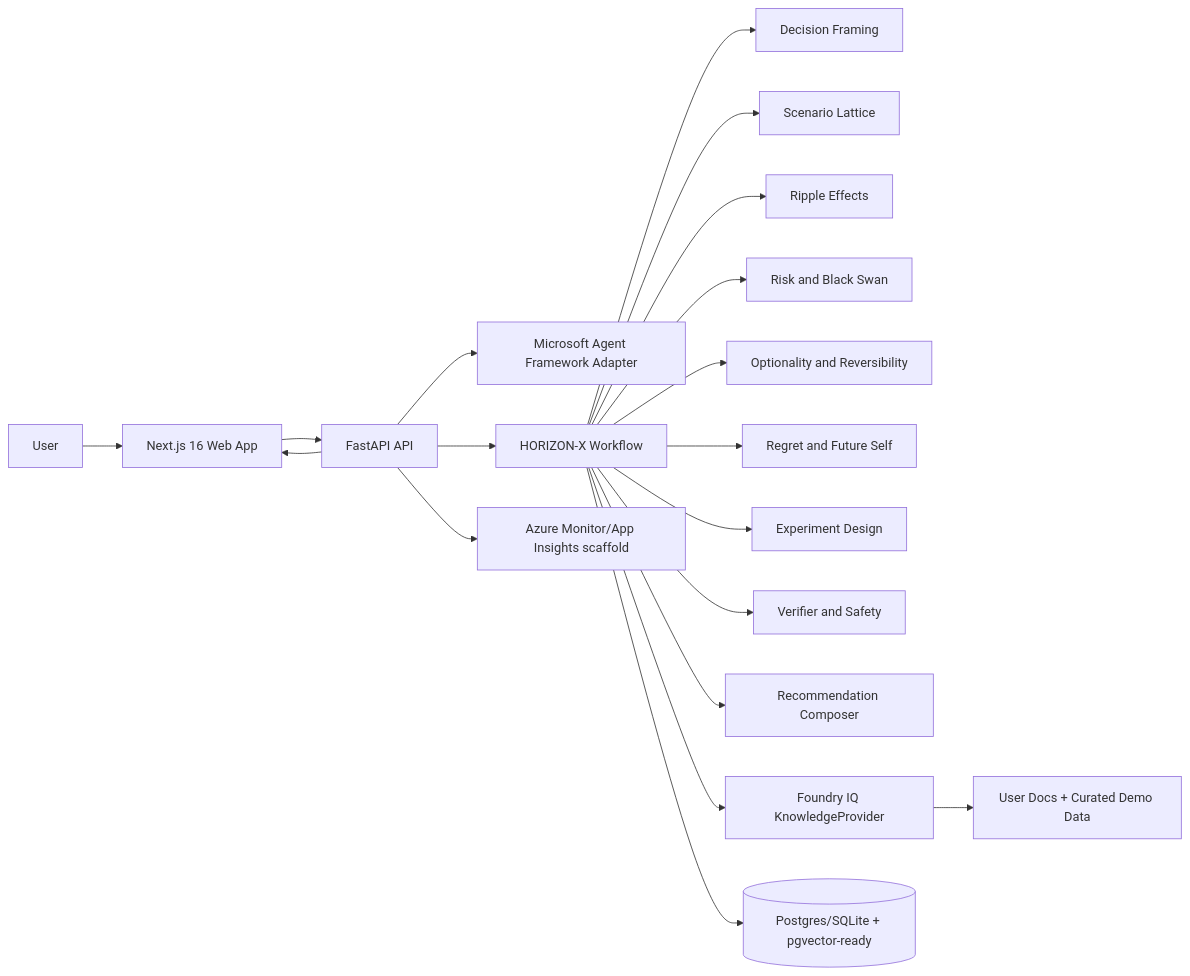
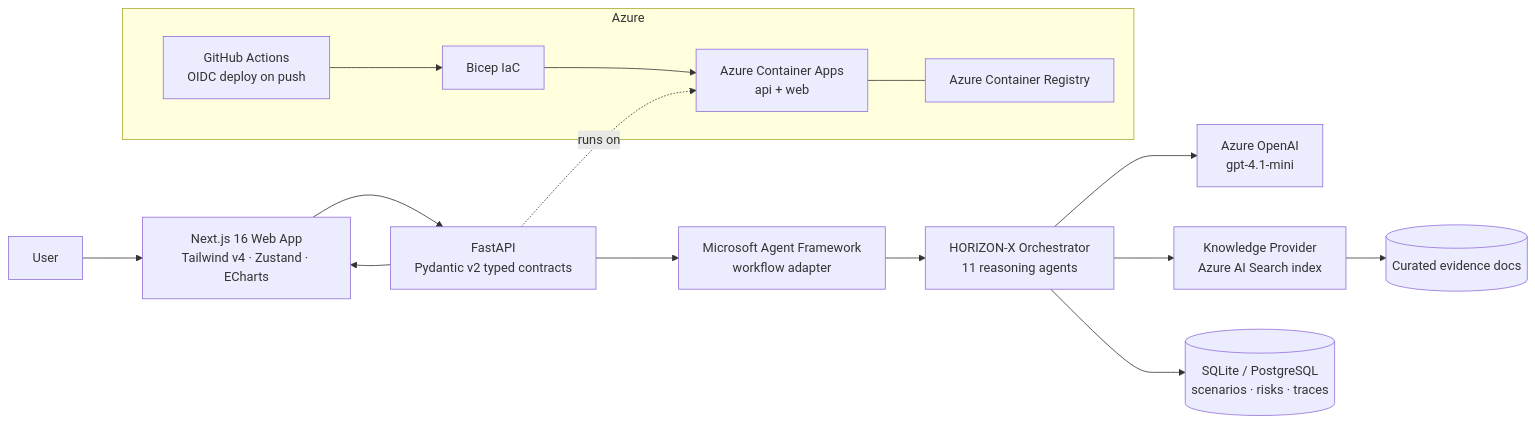
The first of 2 diagrams in README.md (mehulnikumbh19/hxrizxn-ai), drawn with Mermaid before and after one commit. The commit also changed other lines of this file, not shown here.

Commit message:
Rewrite README: interactive simulation intro, 11-agent war room, architecture diagrams, rubric alignment

````diff
--- a/README.md
+++ b/README.md
@@ -42,21 +166,18 @@
 ```mermaid
 flowchart LR
-  U[User] --> W[Next.js 16 Web App]
-  W --> API[FastAPI API]
-  API --> MAF[Microsoft Agent Framework Adapter]
-  API --> WF[HORIZON-X Workflow]
-  WF --> A1[Decision Framing]
-  WF --> A2[Scenario Lattice]
-  WF --> A3[Ripple Effects]
-  WF --> A4[Risk and Black Swan]
-  WF --> A5[Optionality and Reversibility]
-  WF --> A6[Regret and Future Self]
-  WF --> A7[Experiment Design]
-  WF --> A8[Verifier and Safety]
-  WF --> A9[Recommendation Composer]
-  WF --> IQ[Foundry IQ KnowledgeProvider]
-  IQ --> KB[User Docs + Curated Demo Data]
-  WF --> DB[(Postgres/SQLite + pgvector-ready)]
+  U[User] --> W["Next.js 16 Web App<br/>Tailwind v4 · Zustand · ECharts"]
+  W --> API["FastAPI<br/>Pydantic v2 typed contracts"]
+  API --> MAF["Microsoft Agent Framework<br/>workflow adapter"]
+  MAF --> WF["HORIZON-X Orchestrator<br/>11 reasoning agents"]
+  WF --> AOAI["Azure OpenAI<br/>gpt-4.1-mini"]
+  WF --> IQ["Knowledge Provider<br/>Azure AI Search index"]
+  IQ --> KB[("Curated evidence docs")]
+  WF --> DB[("SQLite / PostgreSQL<br/>scenarios · risks · traces")]
   API --> W
-  API --> OBS[Azure Monitor/App Insights scaffold]
+  subgraph Azure
+    ACA["Azure Container Apps<br/>api + web"] --- ACR["Azure Container Registry"]
+    BICEP["Bicep IaC"] --> ACA
+    GHA["GitHub Actions<br/>OIDC deploy on push"] --> BICEP
+  end
+  API -.runs on.-> ACA
 ```
````
